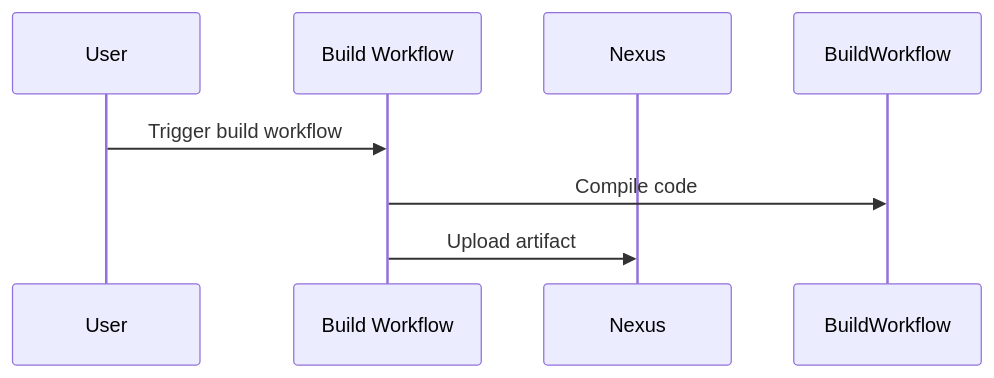
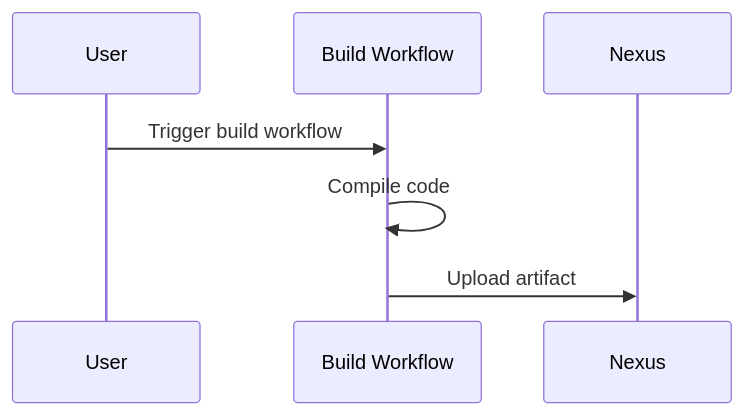
The first of 3 diagrams in README.md (devarab1/Diagrams), drawn with Mermaid before and after one commit.

````diff
--- a/README.md
+++ b/README.md
@@ -3,10 +3,10 @@
 ```mermaid
 sequenceDiagram
     participant User
     participant Build Workflow
     participant Nexus
 
     User->>Build Workflow: Trigger build workflow
-    Build Workflow->>BuildWorkflow: Compile code
+    Build Workflow->>Build Workflow: Compile code
     Build Workflow->>Nexus: Upload artifact
 ```
````
